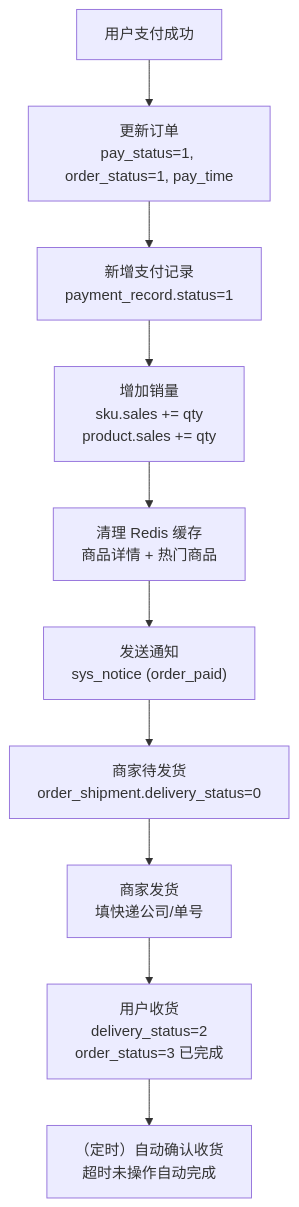
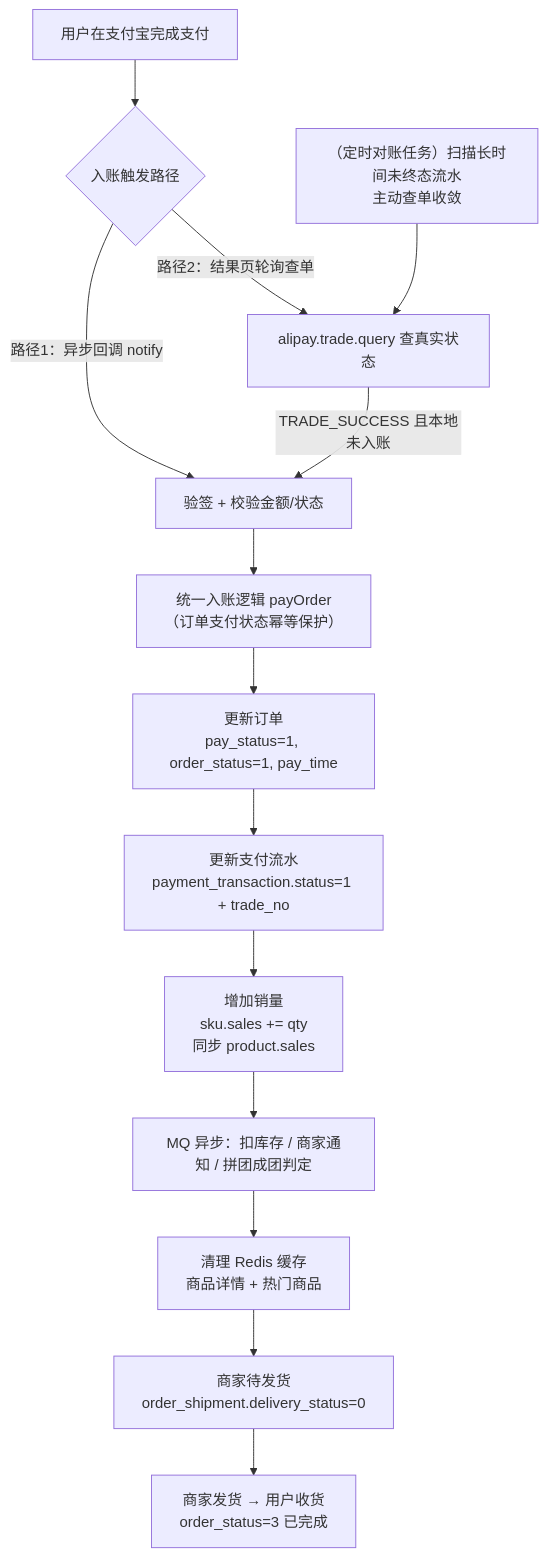
Before and after one commit to shuxinwu718-web/Eshop_front: the tenth of 12 diagrams in docs/数据库设计文档.md, drawn with Mermaid. The commit also changed other lines of this file and 86 other files, not shown here.

````diff
--- a/docs/数据库设计文档.md
+++ b/docs/数据库设计文档.md
@@ -1017,12 +1098,16 @@
 ```mermaid
 flowchart TD
-    A["用户支付成功"] --> B["更新订单<br/>pay_status=1, order_status=1, pay_time"]
-    B --> C["新增支付记录<br/>payment_record.status=1"]
-    C --> D["增加销量<br/>sku.sales += qty<br/>product.sales += qty"]
-    D --> E["清理 Redis 缓存<br/>商品详情 + 热门商品"]
-    E --> F["发送通知<br/>sys_notice (order_paid)"]
-    F --> G["商家待发货<br/>order_shipment.delivery_status=0"]
-    G --> H["商家发货<br/>填快递公司/单号"]
-    H --> I["用户收货<br/>delivery_status=2<br/>order_status=3 已完成"]
-    I --> J["（定时）自动确认收货<br/>超时未操作自动完成"]
+    A["用户在支付宝完成支付"] --> B{"入账触发路径"}
+    B -->|"路径1：异步回调 notify"| C["验签 + 校验金额/状态"]
+    B -->|"路径2：结果页轮询查单"| D["alipay.trade.query 查真实状态"]
+    D -->|"TRADE_SUCCESS 且本地未入账"| C
+    C --> E["统一入账逻辑 payOrder<br/>（订单支付状态幂等保护）"]
+    E --> F["更新订单<br/>pay_status=1, order_status=1, pay_time"]
+    F --> G["更新支付流水<br/>payment_transaction.status=1 + trade_no"]
+    G --> H["增加销量<br/>sku.sales += qty<br/>同步 product.sales"]
+    H --> I["MQ 异步：扣库存 / 商家通知 / 拼团成团判定"]
+    I --> J["清理 Redis 缓存<br/>商品详情 + 热门商品"]
+    J --> K["商家待发货<br/>order_shipment.delivery_status=0"]
+    K --> L["商家发货 → 用户收货<br/>order_status=3 已完成"]
+    N["（定时对账任务）扫描长时间未终态流水<br/>主动查单收敛"] --> D
 ```
````
